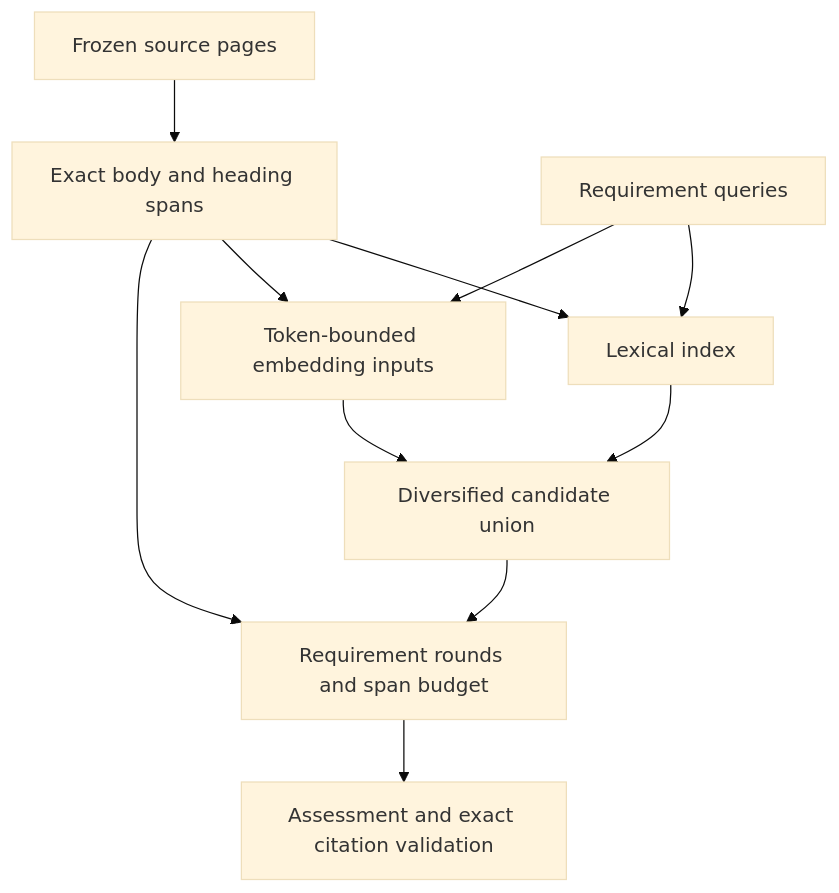
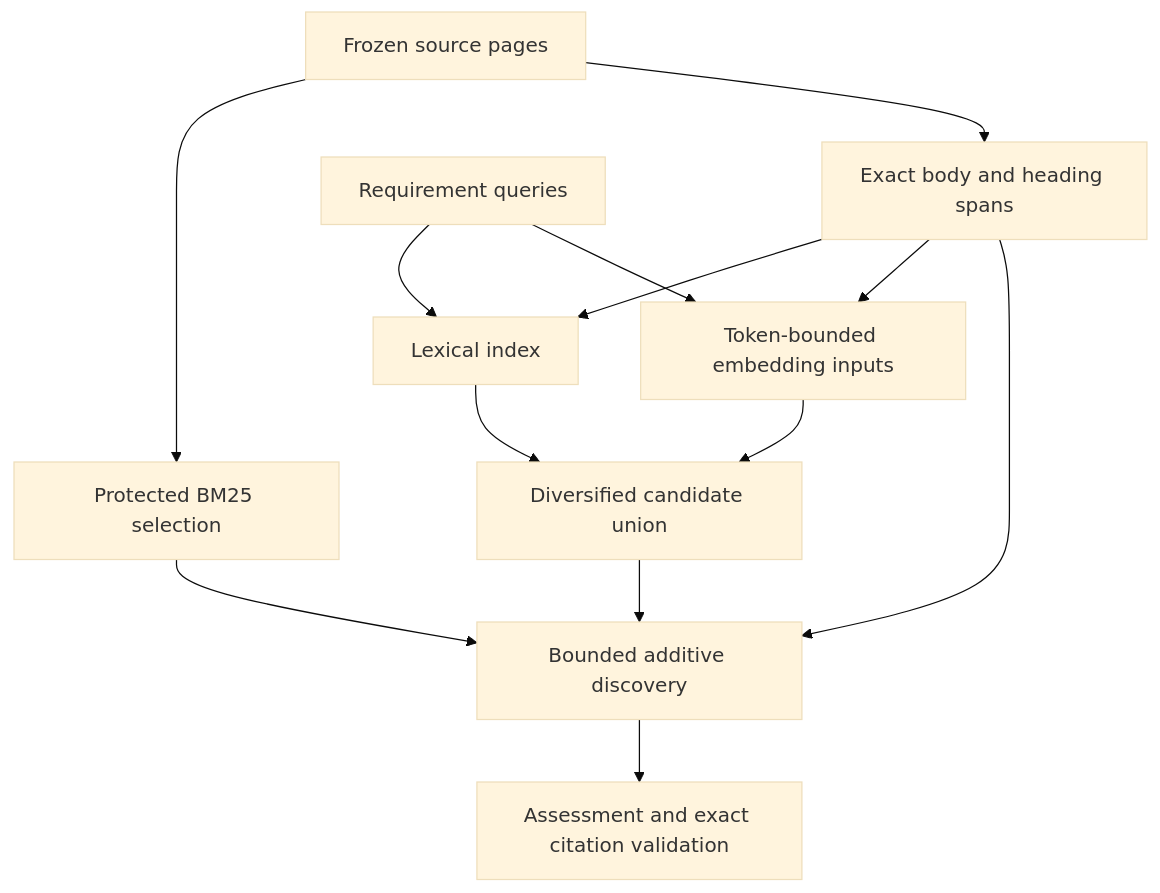
The diagram in backend/docs/ADR_EVIDENCE_RETRIEVAL.md (jagadesh-alpha8/AI-READY), drawn with Mermaid (base theme) before and after one commit. The commit also changed other lines of this file and 12 other files, not shown here.

Commit message:
Protect BM25 evidence and bound hybrid discovery with fair budget diagnostics

````diff
--- a/backend/docs/ADR_EVIDENCE_RETRIEVAL.md
+++ b/backend/docs/ADR_EVIDENCE_RETRIEVAL.md
@@ -32,13 +32,15 @@
 ```mermaid
 flowchart TD
-    S["Frozen source pages"] --> P["Exact body and heading spans"]
+    S["Frozen source pages"] --> B0["Protected BM25 selection"]
+    B0 --> B
+    S --> P["Exact body and heading spans"]
     P --> L["Lexical index"]
     P --> E["Token-bounded embedding inputs"]
     Q["Requirement queries"] --> L
     Q --> E
     L --> C["Diversified candidate union"]
     E --> C
-    C --> B["Requirement rounds and span budget"]
+    C --> B["Bounded additive discovery"]
     P --> B
     B --> A["Assessment and exact citation validation"]
 ```
````
